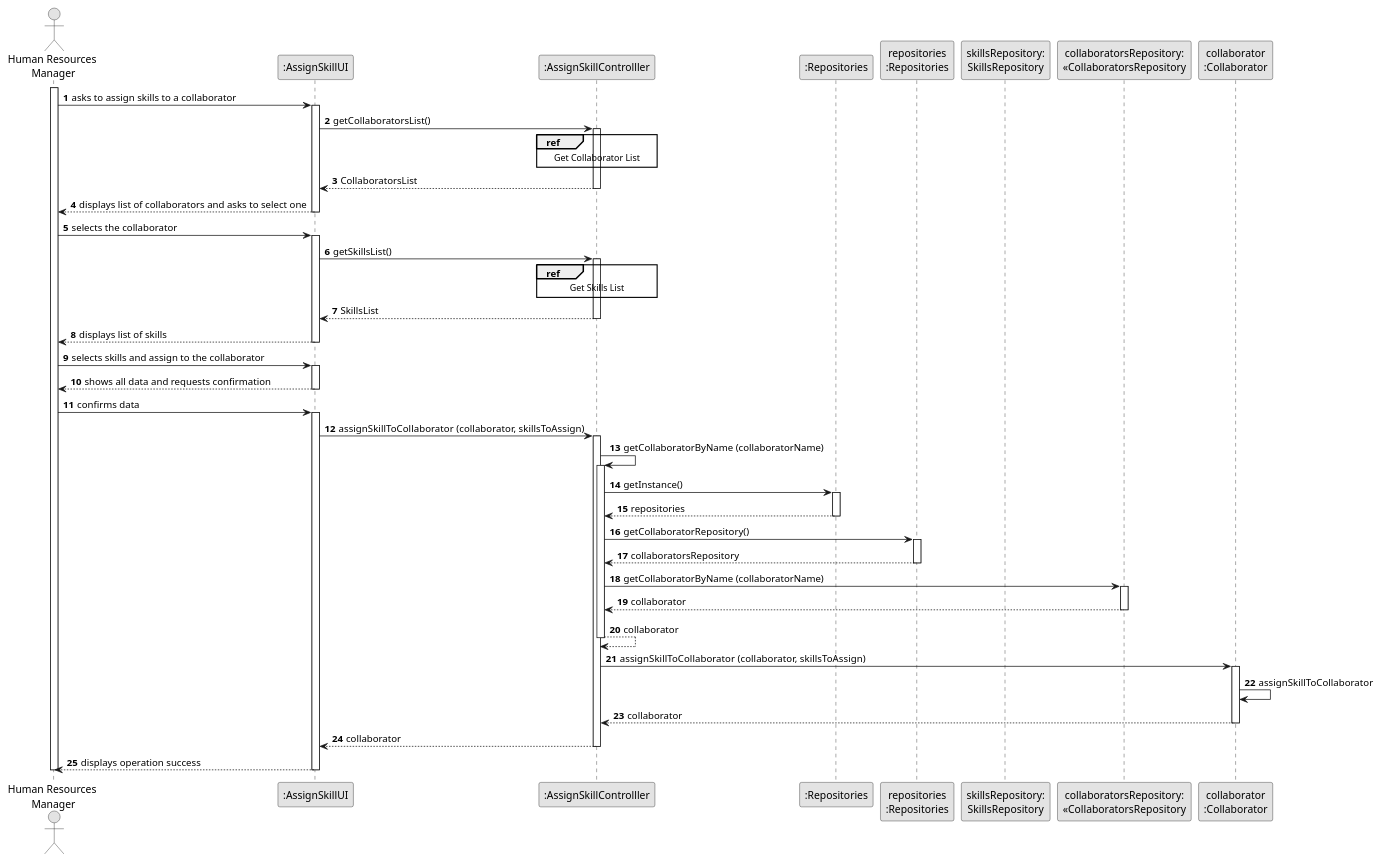
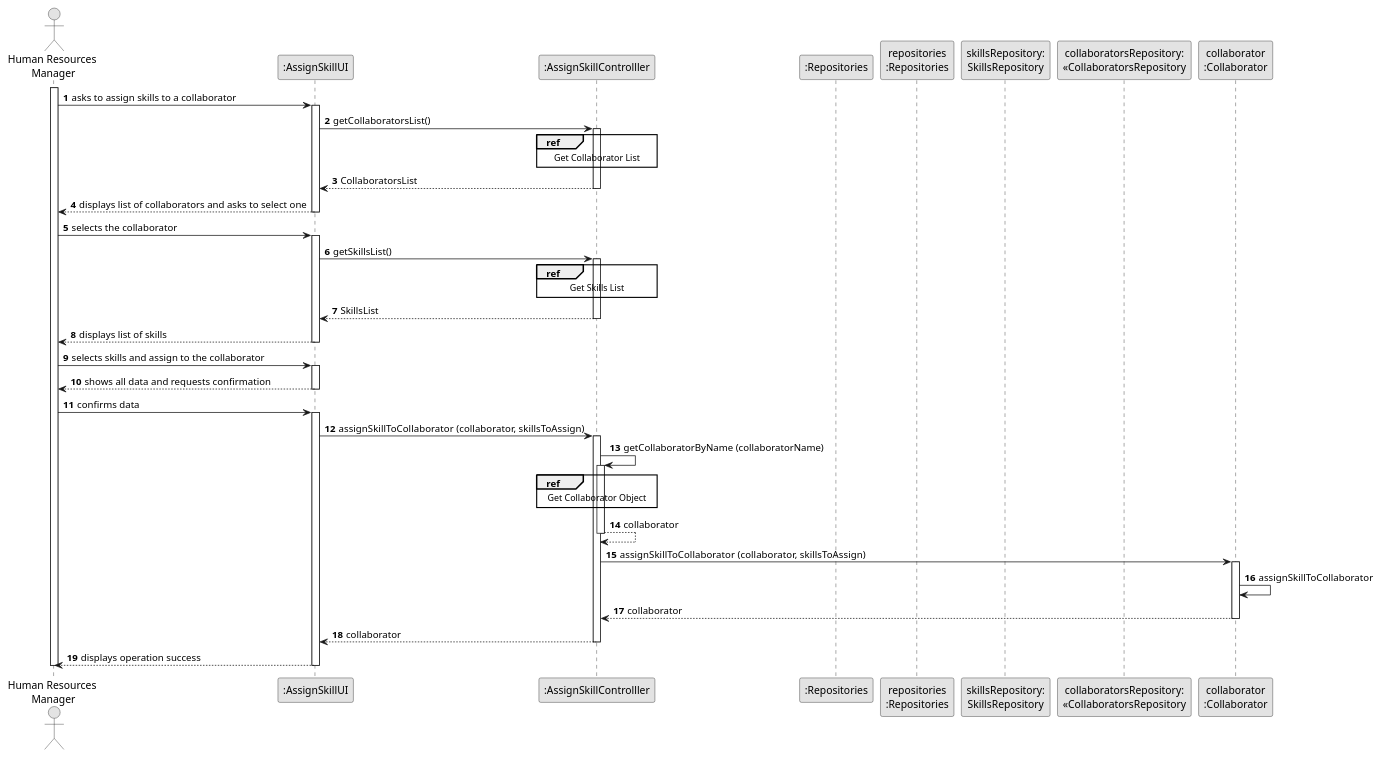
Before and after one commit to daniel41silva05/ISEP_2023_2024_LAPR2: the diagram in docs/sprintA&B/us004/03.design/puml/us004-sequence-diagram-split.puml, drawn with PlantUML. The commit also changed 1 other file, not shown here.

Commit message:
US004 - sequence diagram split (conclusion)

```diff
--- a/docs/sprintA&B/us004/03.design/puml/us004-sequence-diagram-split.puml
+++ b/docs/sprintA&B/us004/03.design/puml/us004-sequence-diagram-split.puml
@@ -1,106 +1,92 @@
 @startuml
 skinparam monochrome true
 skinparam packageStyle rectangle
 skinparam shadowing false
 
 autonumber
 
 'hide footbox
 actor "Human Resources\n Manager" as HRM
 participant ":AssignSkillUI" as UI
 participant ":AssignSkillControlller" as CTRL
 participant ":Repositories" as REP
 participant "repositories\n:Repositories" as REPS
 participant "skillsRepository:\nSkillsRepository" as SkillsRepository
 participant "collaboratorsRepository:\n«CollaboratorsRepository" as collaboratorsRepository
 participant "collaborator\n:Collaborator" as COLLABORATOR
 
 activate HRM
 
         HRM -> UI : asks to assign skills to a collaborator
 
         activate UI
 
         UI -> CTRL : getCollaboratorsList()
         activate CTRL
 
             ref over CTRL
                 Get Collaborator List
             end ref
 
             CTRL --> UI : CollaboratorsList
             deactivate CTRL
 
             UI --> HRM : displays list of collaborators and asks to select one
         deactivate UI
 
     HRM -> UI : selects the collaborator
     activate UI
 
     UI -> CTRL : getSkillsList()
         activate CTRL
 
             ref over CTRL
                 Get Skills List
             end ref
 
             CTRL --> UI : SkillsList
             deactivate CTRL
 
         UI --> HRM : displays list of skills
     deactivate UI
 
     HRM -> UI : selects skills and assign to the collaborator
     activate UI
 
         UI --> HRM : shows all data and requests confirmation
     deactivate UI
 
     HRM -> UI : confirms data
     activate UI
 
         UI -> CTRL: assignSkillToCollaborator (collaborator, skillsToAssign)
 
                 activate CTRL
 
                     CTRL -> CTRL: getCollaboratorByName (collaboratorName)
                     activate CTRL
 
-                    CTRL -> REP: getInstance()
-                    activate REP
-
-                    REP --> CTRL: repositories
-                    deactivate REP
-
-                    CTRL -> REPS: getCollaboratorRepository()
-                    activate REPS
-
-                    REPS --> CTRL: collaboratorsRepository
-                    deactivate REPS
-
-                    CTRL -> collaboratorsRepository: getCollaboratorByName (collaboratorName)
-                    activate collaboratorsRepository
-
-                    collaboratorsRepository --> CTRL: collaborator
-                    deactivate collaboratorsRepository
+                    ref over CTRL
+                        Get Collaborator Object
+                    end ref
 
                     CTRL --> CTRL: collaborator
                     deactivate CTRL
 
                     CTRL -> COLLABORATOR: assignSkillToCollaborator (collaborator, skillsToAssign)
                     activate COLLABORATOR
 
                     COLLABORATOR -> COLLABORATOR : assignSkillToCollaborator
 
                     COLLABORATOR --> CTRL : collaborator
                     deactivate COLLABORATOR
 
 
                 CTRL --> UI: collaborator
                 deactivate CTRL
             UI --> HRM: displays operation success
     deactivate UI
 
 deactivate HRM
 
 @enduml
```
